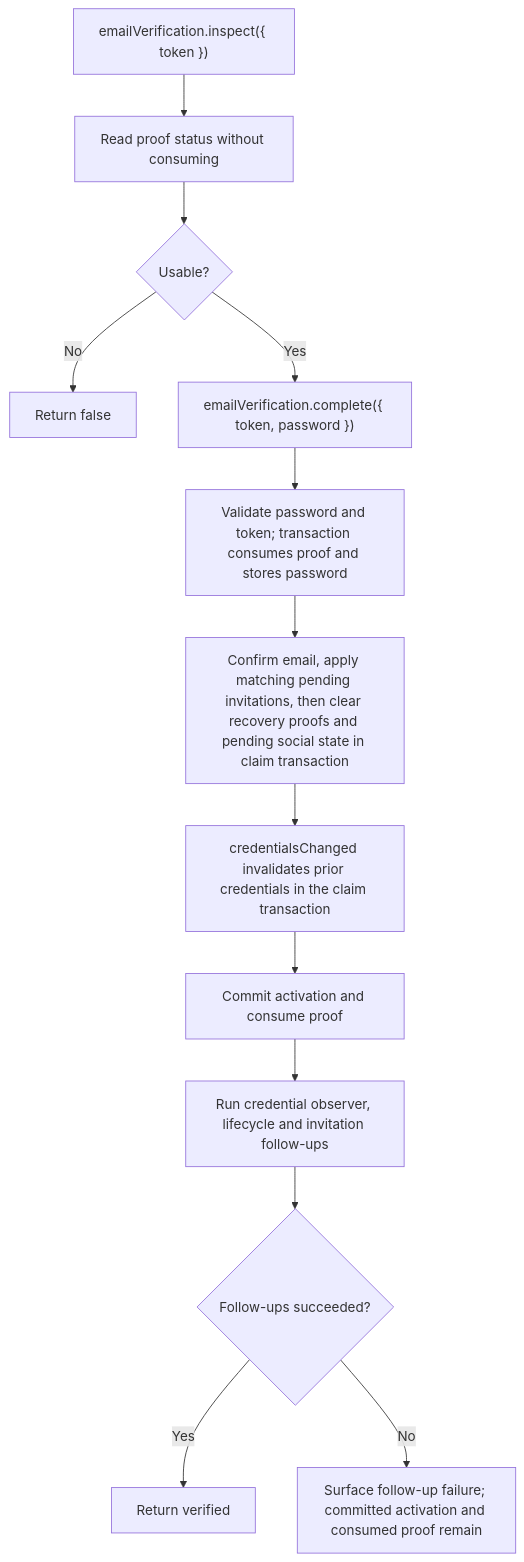
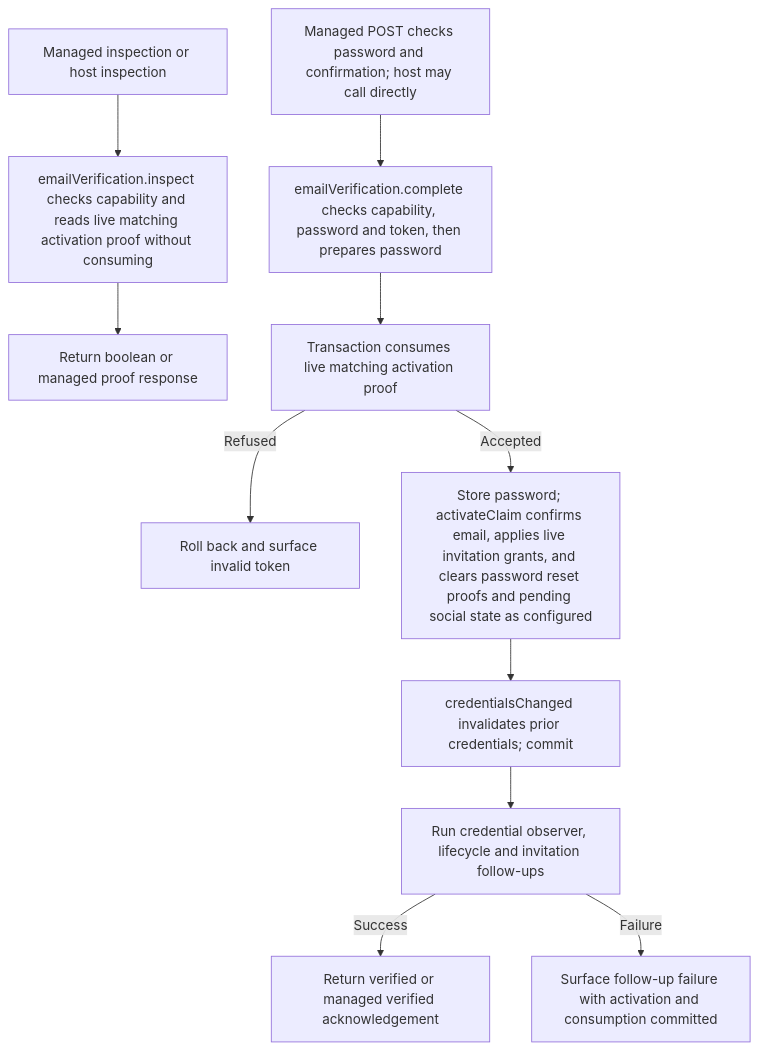
The second of 2 diagrams in user-stories/US-ACCOUNT-38-complete-email-verification.md (Kevinjohn/oss-adonisjs-account-kit), drawn with Mermaid before and after one commit. The commit also changed other lines of this file and 70 other files, not shown here.

````diff
--- a/user-stories/US-ACCOUNT-38-complete-email-verification.md
+++ b/user-stories/US-ACCOUNT-38-complete-email-verification.md
@@ -38,15 +36,13 @@
 ```mermaid
 flowchart TD
- A["emailVerification.inspect({ token })"] --> B["Read proof status without consuming"]
- B --> C{"Usable?"}
- C -->|No| D["Return false"]
- C -->|Yes| E["emailVerification.complete({ token, password })"]
- E --> F["Validate password and token; transaction consumes proof and stores password"]
- F --> G["Confirm email, apply matching pending invitations, then clear recovery proofs and pending social state in claim transaction"]
- G --> CRED["credentialsChanged invalidates prior credentials in the claim transaction"]
- CRED --> H["Commit activation and consume proof"]
- H --> I["Run credential observer, lifecycle and invitation follow-ups"]
- I --> J{"Follow-ups succeeded?"}
- J -->|Yes| K["Return verified"]
- J -->|No| L["Surface follow-up failure; committed activation and consumed proof remain"]
+  M["Managed inspection or host inspection"] --> A["emailVerification.inspect checks capability and reads live matching activation proof without consuming"]
+  A --> Q["Return boolean or managed proof response"]
+  N["Managed POST checks password and confirmation; host may call directly"] --> E["emailVerification.complete checks capability, password and token, then prepares password"]
+  E --> F["Transaction consumes live matching activation proof"]
+  F -->|Refused| R["Roll back and surface invalid token"]
+  F -->|Accepted| G["Store password; activateClaim confirms email, applies live invitation grants, and clears password reset proofs and pending social state as configured"]
+  G --> H["credentialsChanged invalidates prior credentials; commit"]
+  H --> I["Run credential observer, lifecycle and invitation follow-ups"]
+  I -->|Success| K["Return verified or managed verified acknowledgement"]
+  I -->|Failure| L["Surface follow-up failure with activation and consumption committed"]
 ```
````
